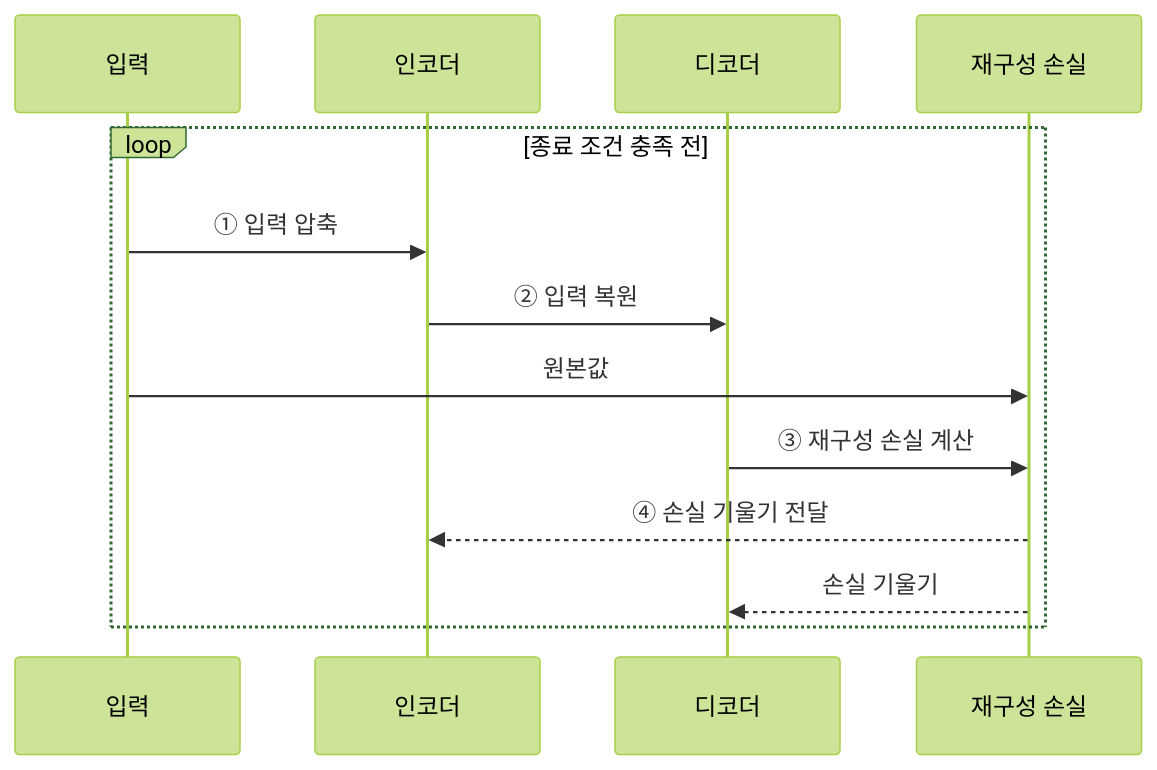
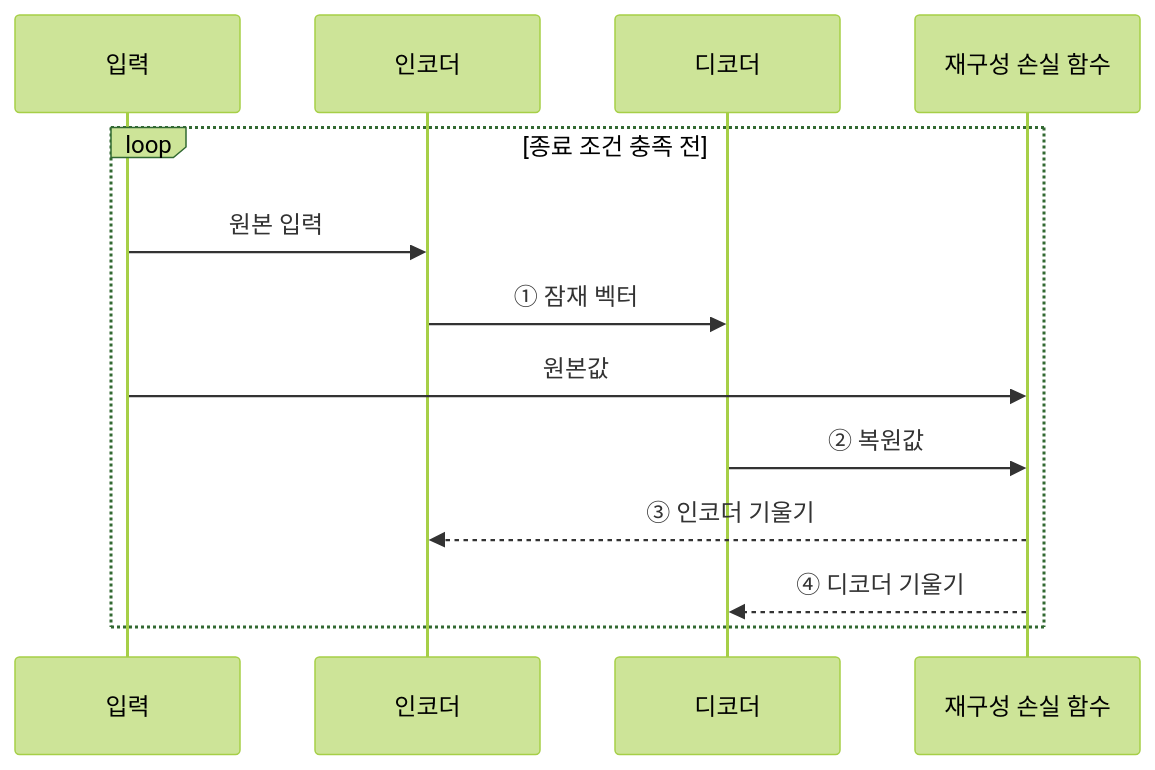
One commit to agnusdei1207/knowledge-base changed the second of 2 diagrams in src/content/docs/notes/01-basic-theory/045_autoencoder.md. Above: the diagram before and after it, drawn with Mermaid (forest theme). The commit also changed other lines of this file and 10 other files, not shown here.

````diff
--- a/src/content/docs/notes/01-basic-theory/045_autoencoder.md
+++ b/src/content/docs/notes/01-basic-theory/045_autoencoder.md
@@ -99,15 +80,15 @@
 ```mermaid
 sequenceDiagram
     participant I as 입력
     participant E as 인코더
     participant D as 디코더
-    participant L as 재구성 손실
+    participant L as 재구성 손실 함수
     loop 종료 조건 충족 전
-        I->>E: ① 입력 압축
-        E->>D: ② 입력 복원
+        I->>E: 원본 입력
+        E->>D: ① 잠재 벡터
         I->>L: 원본값
-        D->>L: ③ 재구성 손실 계산
-        L-->>E: ④ 손실 기울기 전달
-        L-->>D: 손실 기울기
+        D->>L: ② 복원값
+        L-->>E: ③ 인코더 기울기
+        L-->>D: ④ 디코더 기울기
     end
 ```
````
